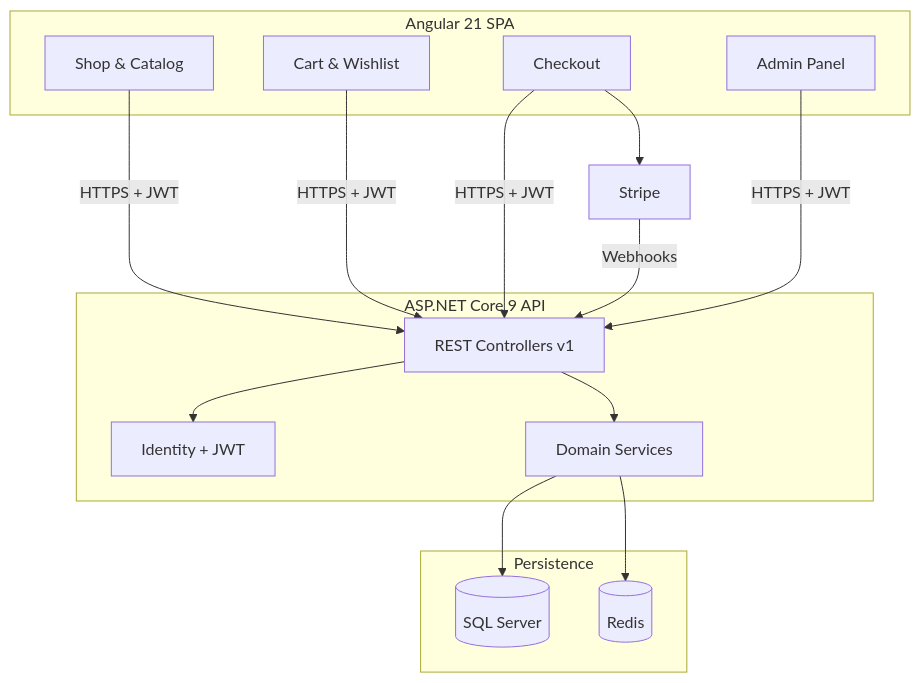
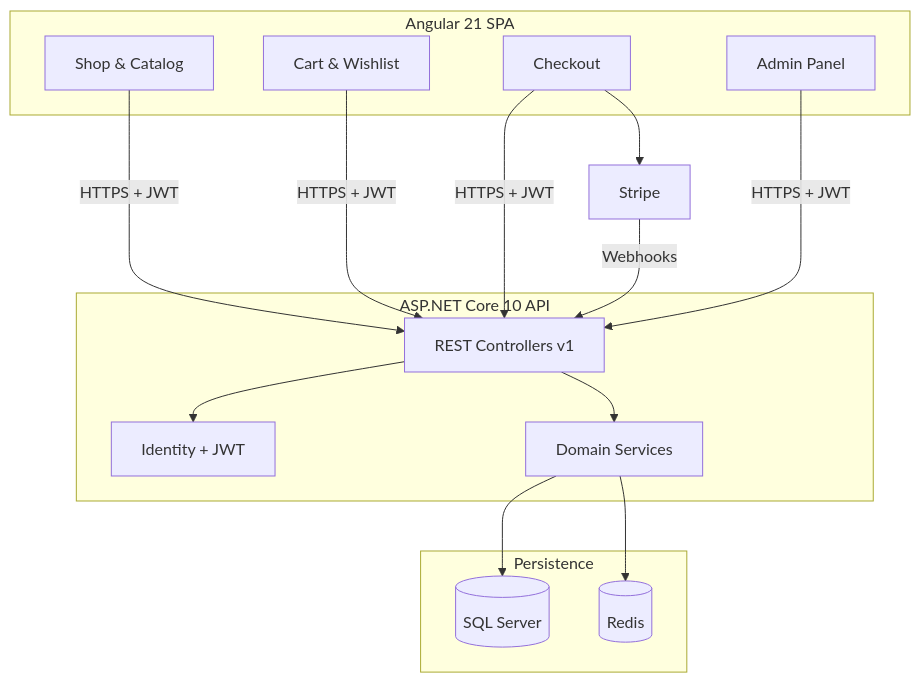
Before and after one commit to jaatvishal/nature-schakki_backend: the diagram in README.md, drawn with Mermaid. The commit also changed other lines of this file and 44 other files, not shown here.

````diff
--- a/README.md
+++ b/README.md
@@ -14,29 +14,29 @@
 ```mermaid
 flowchart TB
     subgraph Frontend["Angular 21 SPA"]
         SHOP[Shop & Catalog]
         CART[Cart & Wishlist]
         CHK[Checkout]
         ADM[Admin Panel]
     end
 
-    subgraph Backend["ASP.NET Core 9 API"]
+    subgraph Backend["ASP.NET Core 10 API"]
         API[REST Controllers v1]
         ID[Identity + JWT]
         SVC[Domain Services]
     end
 
     subgraph Data["Persistence"]
         SQL[(SQL Server)]
         REDIS[(Redis)]
     end
 
     STRIPE[Stripe]
 
     SHOP & CART & CHK & ADM -->|HTTPS + JWT| API
     API --> ID & SVC
     SVC --> SQL
     SVC --> REDIS
     CHK --> STRIPE
     STRIPE -->|Webhooks| API
 ```
````
